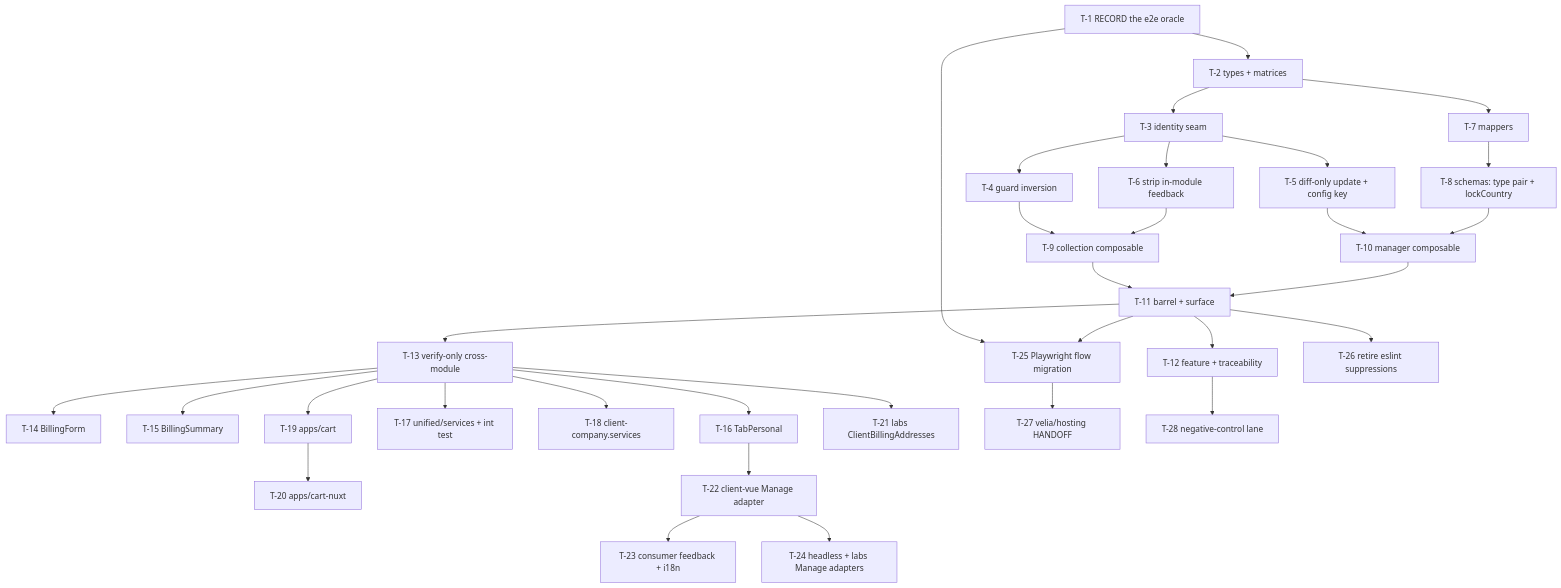
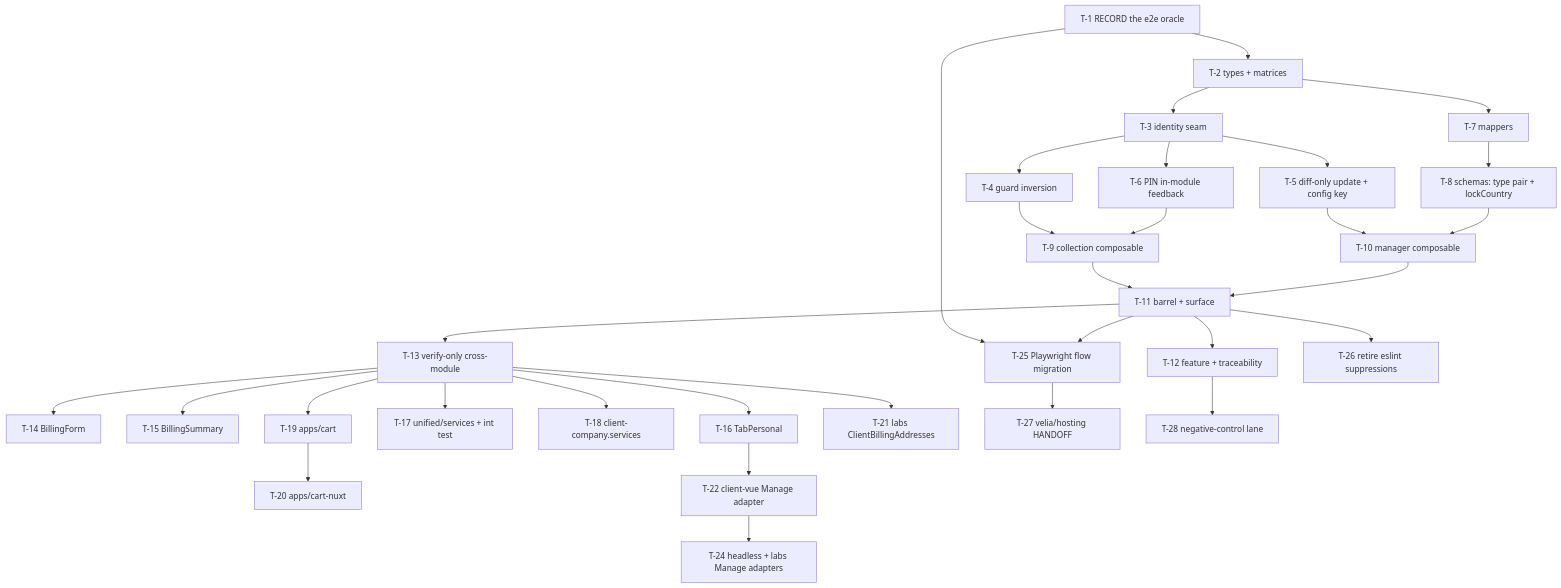
The diagram in docs/story-bundles/client-address/tasks.md (upmind/upmind-ui), drawn with Mermaid before and after one commit. The commit also changed other lines of this file and 5 other files, not shown here.

First line of the commit message:
docs(client-address): apply operator ruling R10 - feedback stays in the module

````diff
--- a/docs/story-bundles/client-address/tasks.md
+++ b/docs/story-bundles/client-address/tasks.md
@@ -35,34 +37,34 @@
 ```mermaid
 graph TD
   T1[T-1 RECORD the e2e oracle] --> T2[T-2 types + matrices]
   T2 --> T3[T-3 identity seam]
   T3 --> T4[T-4 guard inversion]
   T3 --> T5[T-5 diff-only update + config key]
-  T3 --> T6[T-6 strip in-module feedback]
+  T3 --> T6[T-6 PIN in-module feedback]
   T2 --> T7[T-7 mappers]
   T7 --> T8[T-8 schemas: type pair + lockCountry]
   T4 --> T9[T-9 collection composable]
   T5 --> T10[T-10 manager composable]
   T6 --> T9
   T8 --> T10
   T9 --> T11[T-11 barrel + surface]
   T10 --> T11
   T11 --> T12[T-12 feature + traceability]
   T11 --> T13[T-13 verify-only cross-module]
   T13 --> T14[T-14 BillingForm]
   T13 --> T15[T-15 BillingSummary]
   T13 --> T16[T-16 TabPersonal]
   T13 --> T17[T-17 unified/services + int test]
   T13 --> T18[T-18 client-company.services]
   T13 --> T19[T-19 apps/cart]
   T19 --> T20[T-20 apps/cart-nuxt]
   T13 --> T21[T-21 labs ClientBillingAddresses]
   T16 --> T22[T-22 client-vue Manage adapter]
-  T22 --> T23[T-23 consumer feedback + i18n]
   T22 --> T24[T-24 headless + labs Manage adapters]
+  %% T-23 deleted by operator ruling R10 — number left vacant, see the tombstone
   T1 --> T25[T-25 Playwright flow migration]
   T11 --> T25
   T11 --> T26[T-26 retire eslint suppressions]
   T25 --> T27[T-27 velia/hosting HANDOFF]
   T12 --> T28[T-28 negative-control lane]
 ```
````
